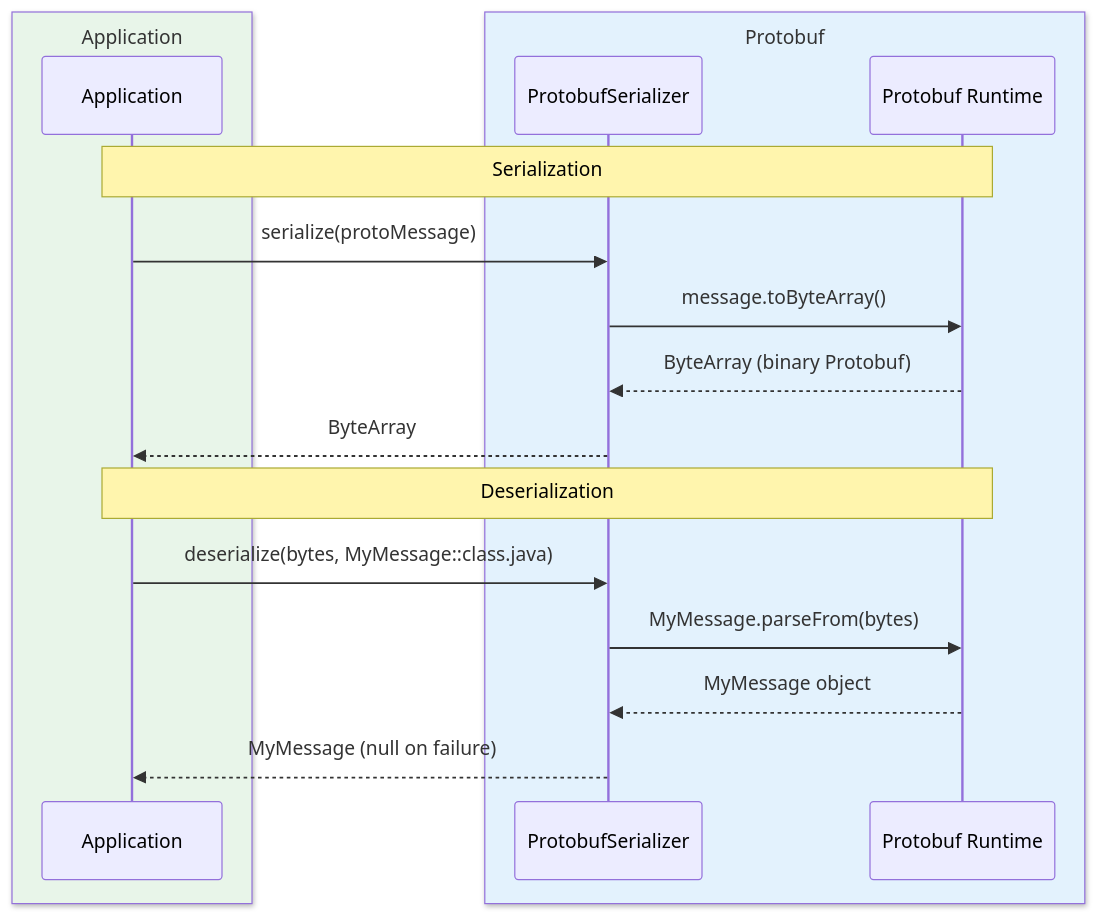
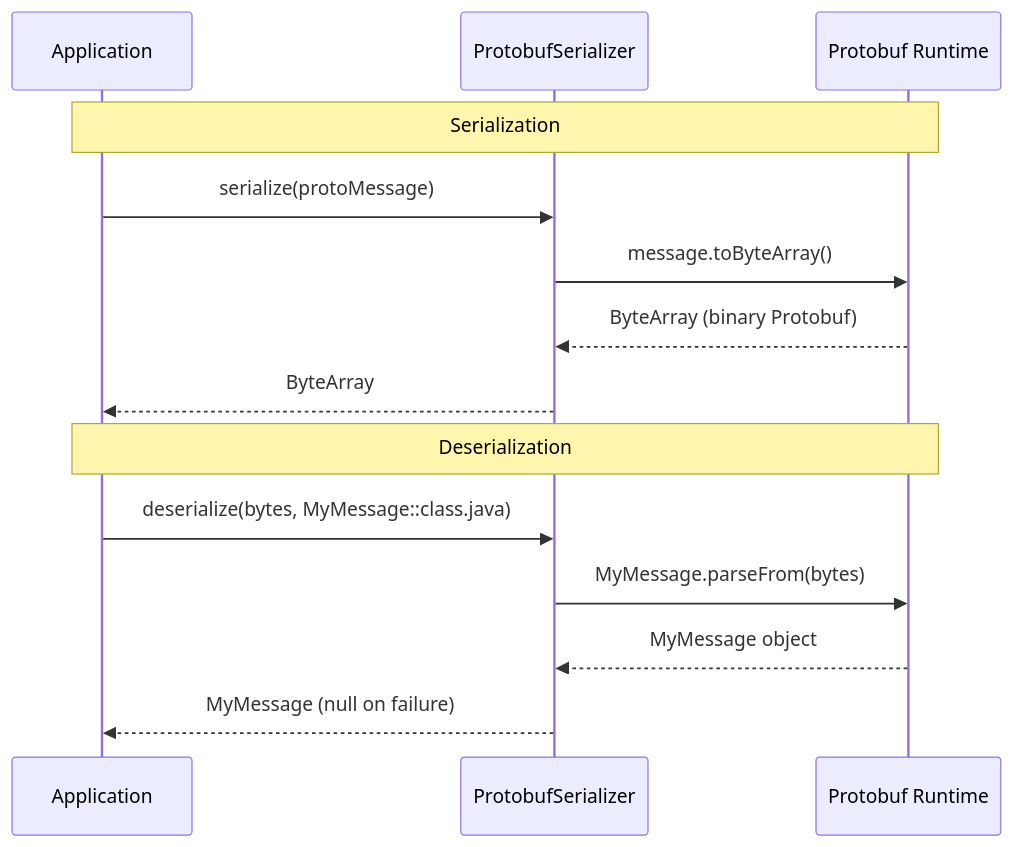
The third of 3 diagrams in io/protobuf/README.md (bluetape4k/bluetape4k-projects), drawn with Mermaid before and after one commit. The commit also changed other lines of this file and 219 other files, not shown here.

First line of the commit message:
docs: 전체 README Mermaid 다이어그램 가이드 적용

````diff
--- a/io/protobuf/README.md
+++ b/io/protobuf/README.md
@@ -118,22 +118,18 @@
 ```mermaid
 sequenceDiagram
-    box rgb(232, 245, 233) Application
         participant App as Application
-    end
-    box rgb(227, 242, 253) Protobuf
         participant S as ProtobufSerializer
         participant P as Protobuf Runtime
-    end
 
     Note over App,P: Serialization
     App->>S: serialize(protoMessage)
     S->>P: message.toByteArray()
     P-->>S: ByteArray (binary Protobuf)
     S-->>App: ByteArray
 
     Note over App,P: Deserialization
     App->>S: deserialize(bytes, MyMessage::class.java)
     S->>P: MyMessage.parseFrom(bytes)
     P-->>S: MyMessage object
     S-->>App: MyMessage (null on failure)
 ```
````
